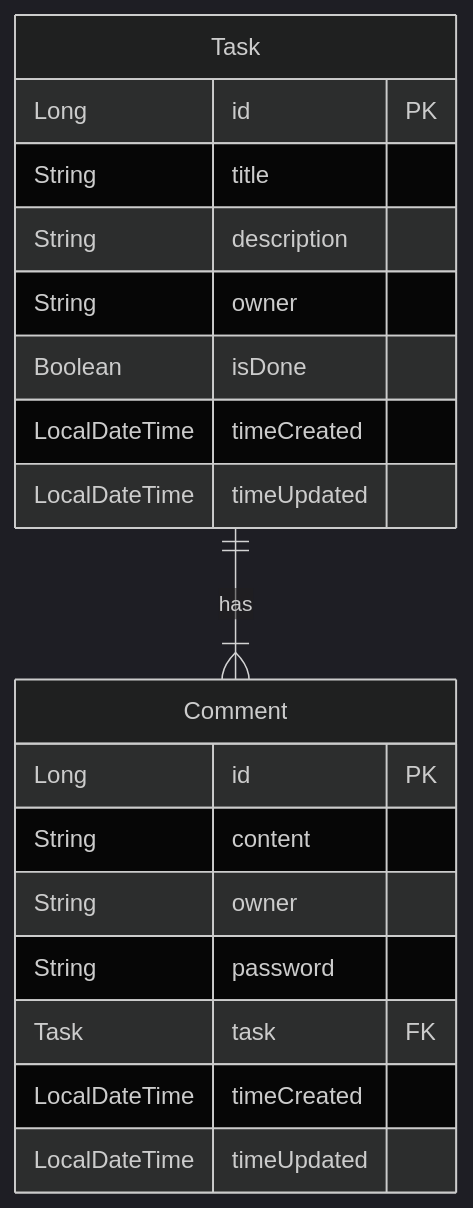
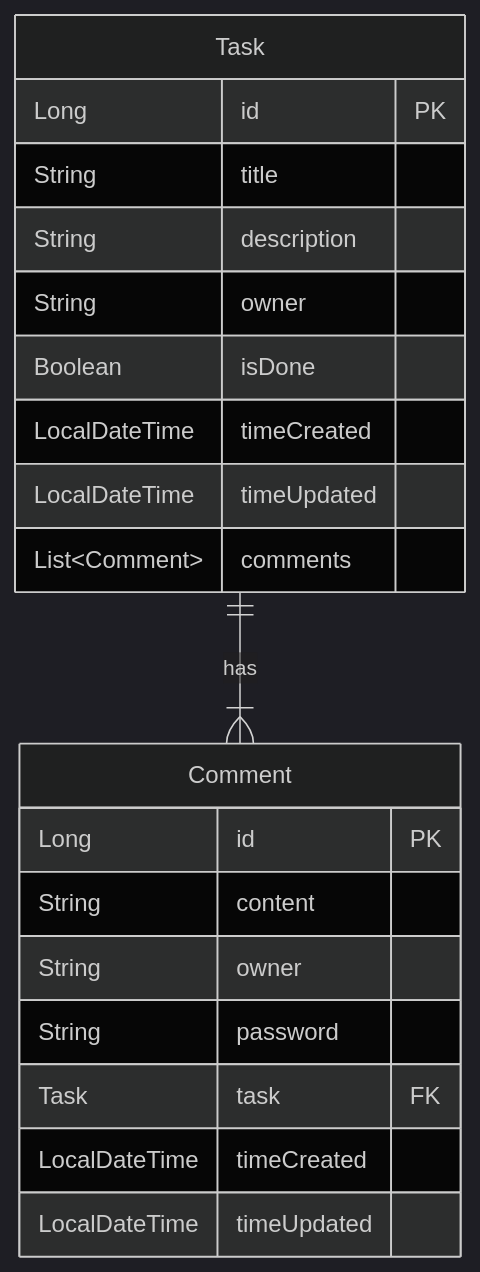
Before and after one commit to Turbstructor/SCCNBCKS2-Todo: the diagram in README.md, drawn with Mermaid (dark theme). The commit also changed other lines of this file, not shown here.

````diff
--- a/README.md
+++ b/README.md
@@ -137,24 +147,25 @@
 ```mermaid
 erDiagram
     Task {
         Long id PK
         String title
         String description
         String owner
         Boolean isDone
         LocalDateTime timeCreated
         LocalDateTime timeUpdated
+        List~Comment~ comments
     }
 
     Comment {
         Long id PK
         String content
         String owner
         String password
         Task task FK
         LocalDateTime timeCreated
         LocalDateTime timeUpdated
     }
 
     Task ||--|{ Comment: has
 ```
````
